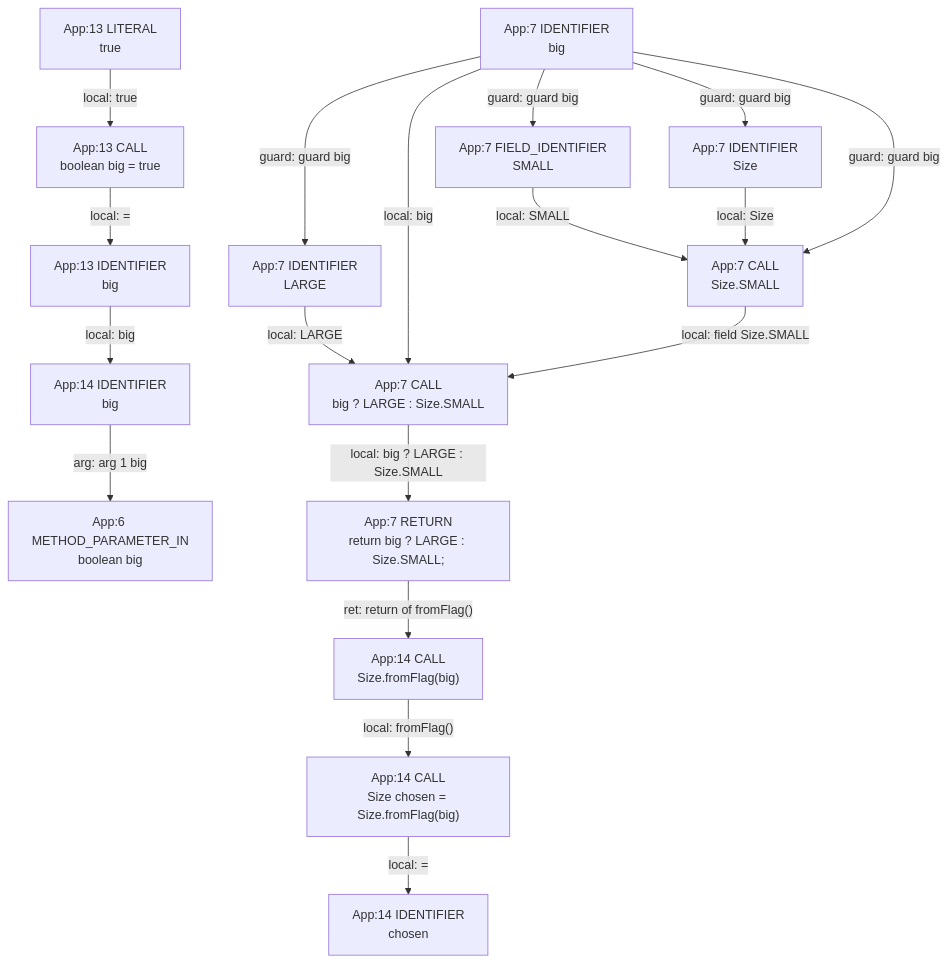
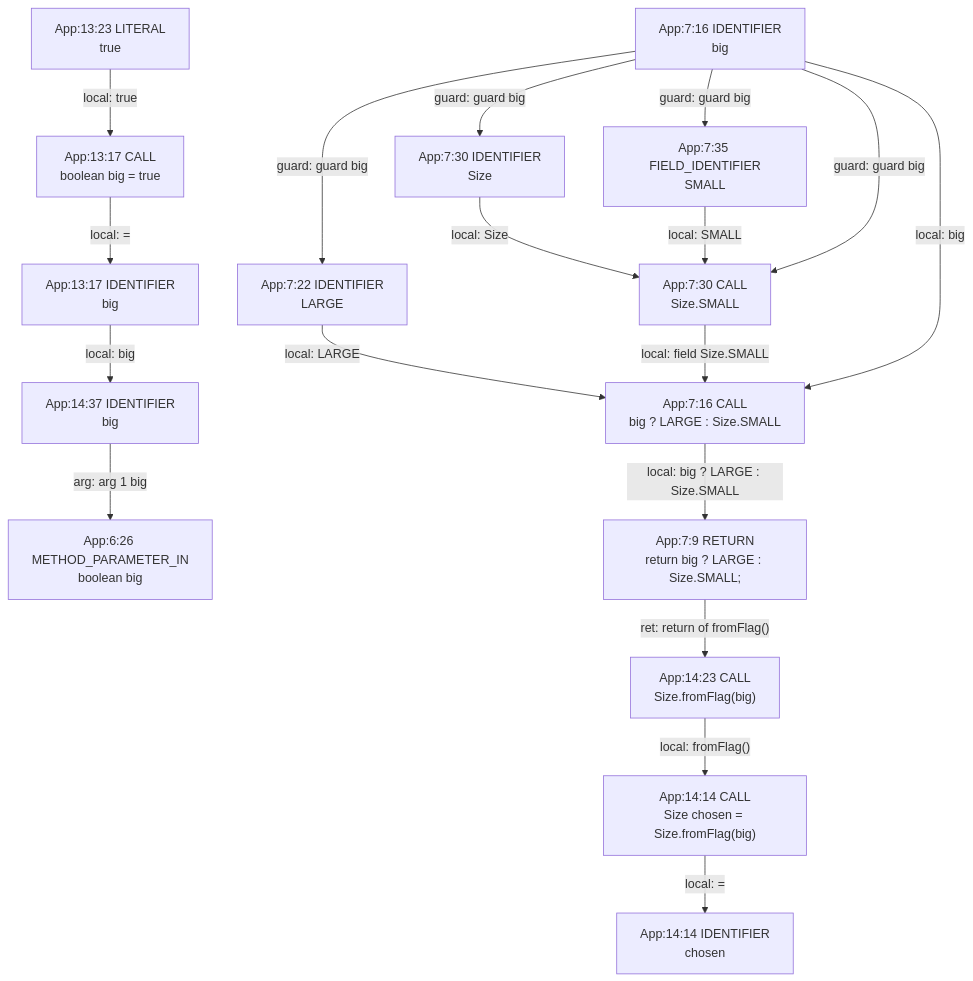
The diagram in app/src/test/resources/enumConstant/spike-truth.md (gstiebler/codeflow), drawn with Mermaid before and after one commit. The commit also changed 154 other files, not shown here.

````diff
--- a/app/src/test/resources/enumConstant/spike-truth.md
+++ b/app/src/test/resources/enumConstant/spike-truth.md
@@ -3,35 +3,35 @@
 ```mermaid
 flowchart TD
-  n0["App:13 CALL<br/>boolean big = true"]
-  n1["App:13 IDENTIFIER<br/>big"]
-  n2["App:13 LITERAL<br/>true"]
-  n3["App:14 CALL<br/>Size chosen = Size.fromFlag(big)"]
-  n4["App:14 CALL<br/>Size.fromFlag(big)"]
-  n5["App:14 IDENTIFIER<br/>big"]
-  n6["App:14 IDENTIFIER<br/>chosen"]
-  n7["App:6 METHOD_PARAMETER_IN<br/>boolean big"]
-  n8["App:7 CALL<br/>Size.SMALL"]
-  n9["App:7 CALL<br/>big ? LARGE : Size.SMALL"]
-  n10["App:7 FIELD_IDENTIFIER<br/>SMALL"]
-  n11["App:7 IDENTIFIER<br/>LARGE"]
-  n12["App:7 IDENTIFIER<br/>Size"]
-  n13["App:7 IDENTIFIER<br/>big"]
-  n14["App:7 RETURN<br/>return big ? LARGE : Size.SMALL;"]
+  n0["App:13:17 CALL<br/>boolean big = true"]
+  n1["App:13:17 IDENTIFIER<br/>big"]
+  n2["App:13:23 LITERAL<br/>true"]
+  n3["App:14:14 CALL<br/>Size chosen = Size.fromFlag(big)"]
+  n4["App:14:14 IDENTIFIER<br/>chosen"]
+  n5["App:14:23 CALL<br/>Size.fromFlag(big)"]
+  n6["App:14:37 IDENTIFIER<br/>big"]
+  n7["App:6:26 METHOD_PARAMETER_IN<br/>boolean big"]
+  n8["App:7:16 CALL<br/>big ? LARGE : Size.SMALL"]
+  n9["App:7:16 IDENTIFIER<br/>big"]
+  n10["App:7:22 IDENTIFIER<br/>LARGE"]
+  n11["App:7:30 CALL<br/>Size.SMALL"]
+  n12["App:7:30 IDENTIFIER<br/>Size"]
+  n13["App:7:35 FIELD_IDENTIFIER<br/>SMALL"]
+  n14["App:7:9 RETURN<br/>return big ? LARGE : Size.SMALL;"]
   n0 -->|"local: ="| n1
-  n1 -->|"local: big"| n5
-  n10 -->|"local: SMALL"| n8
-  n11 -->|"local: LARGE"| n9
-  n12 -->|"local: Size"| n8
-  n13 -->|"guard: guard big"| n10
-  n13 -->|"guard: guard big"| n11
-  n13 -->|"guard: guard big"| n12
-  n13 -->|"guard: guard big"| n8
-  n13 -->|"local: big"| n9
-  n14 -->|"ret: return of fromFlag()"| n4
+  n1 -->|"local: big"| n6
+  n10 -->|"local: LARGE"| n8
+  n11 -->|"local: field Size.SMALL"| n8
+  n12 -->|"local: Size"| n11
+  n13 -->|"local: SMALL"| n11
+  n14 -->|"ret: return of fromFlag()"| n5
   n2 -->|"local: true"| n0
-  n3 -->|"local: ="| n6
-  n4 -->|"local: fromFlag()"| n3
-  n5 -->|"arg: arg 1 big"| n7
-  n8 -->|"local: field Size.SMALL"| n9
-  n9 -->|"local: big ? LARGE : Size.SMALL"| n14
+  n3 -->|"local: ="| n4
+  n5 -->|"local: fromFlag()"| n3
+  n6 -->|"arg: arg 1 big"| n7
+  n8 -->|"local: big ? LARGE : Size.SMALL"| n14
+  n9 -->|"guard: guard big"| n10
+  n9 -->|"guard: guard big"| n11
+  n9 -->|"guard: guard big"| n12
+  n9 -->|"guard: guard big"| n13
+  n9 -->|"local: big"| n8
 ```
````
